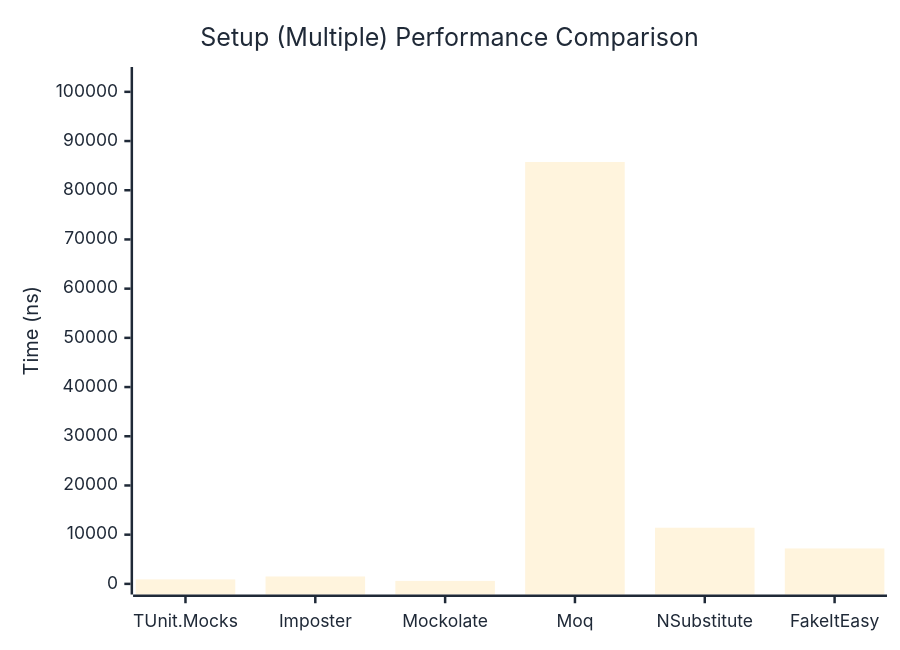
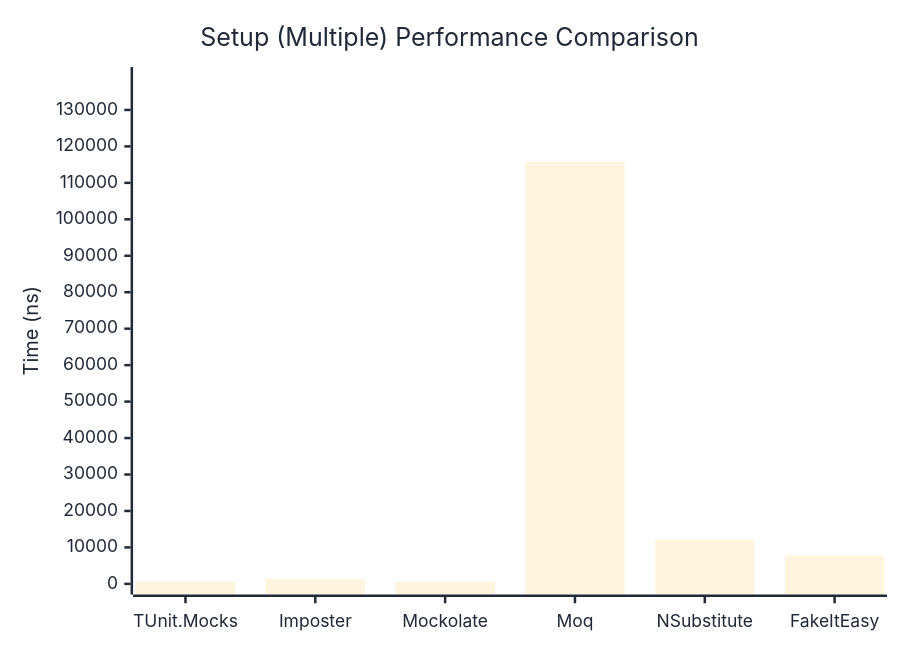
The second of 2 diagrams in docs/docs/benchmarks/mocks/Setup.md (thomhurst/TUnit), drawn with Mermaid before and after one commit. The commit also changed other lines of this file and 14 other files, not shown here.

````diff
--- a/docs/docs/benchmarks/mocks/Setup.md
+++ b/docs/docs/benchmarks/mocks/Setup.md
@@ -71,27 +71,27 @@
 ```mermaid
 %%{init: {
   'theme':'base',
   'themeVariables': {
     'primaryColor': '#2563eb',
     'primaryTextColor': '#1f2937',
     'primaryBorderColor': '#1e40af',
     'lineColor': '#6b7280',
     'secondaryColor': '#7c3aed',
     'tertiaryColor': '#dc2626',
     'background': '#ffffff',
     'pie1': '#2563eb',
     'pie2': '#7c3aed',
     'pie3': '#dc2626',
     'pie4': '#f59e0b',
     'pie5': '#10b981',
     'pie6': '#06b6d4',
     'pie7': '#ec4899',
     'pie8': '#6366f1'
   }
 }}%%
 xychart-beta
   title "Setup (Multiple) Performance Comparison"
   x-axis ["TUnit.Mocks", "Imposter", "Mockolate", "Moq", "NSubstitute", "FakeItEasy"]
-  y-axis "Time (ns)" 0 --> 102888
-  bar [913.9, 1501.3, 601.7, 85739.4, 11410.4, 7198.8]
+  y-axis "Time (ns)" 0 --> 138864
+  bar [766.5, 1329.1, 548, 115719.4, 12165.5, 7777]
 ```
````
